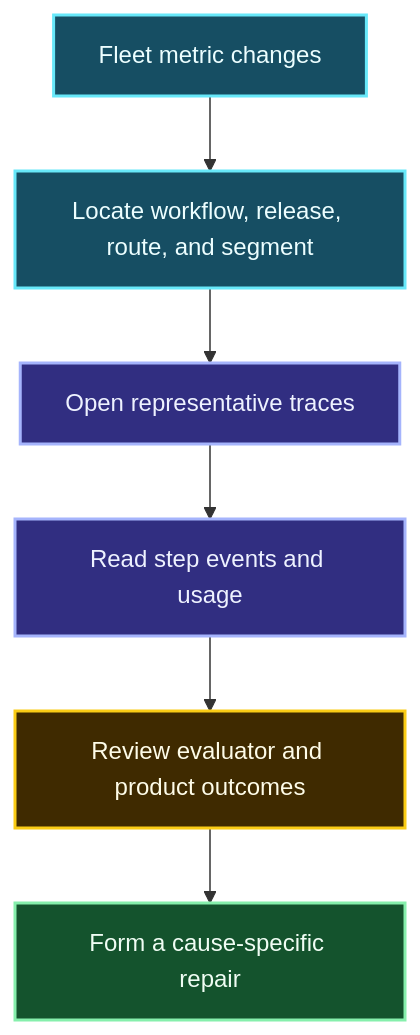
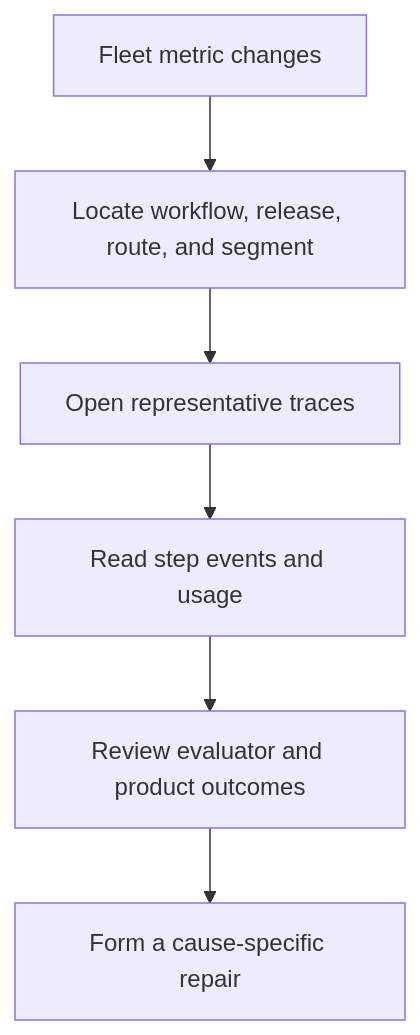
One commit to senlinyy/dev-roadmaps changed the third of 6 diagrams in roadmaps/mlops/modules/llmops/runtime-observability/03-quality-and-cost.md. Above: the diagram before and after it, drawn with Mermaid. The commit also changed other lines of this file and 152 other files, not shown here.

Commit message:
feat: mlops and diagrams updated

````diff
--- a/roadmaps/mlops/modules/llmops/runtime-observability/03-quality-and-cost.md
+++ b/roadmaps/mlops/modules/llmops/runtime-observability/03-quality-and-cost.md
@@ -333,15 +329,13 @@
 ```mermaid
 flowchart TD
     A["Fleet metric changes"] --> B["Locate workflow, release, route, and segment"]
     B --> C["Open representative traces"]
     C --> D["Read step events and usage"]
     D --> E["Review evaluator and product outcomes"]
     E --> F["Form a cause-specific repair"]
 
-    classDef fleet fill:#164E63,stroke:#67E8F9,color:#ECFEFF,stroke-width:2px; classDef inspect fill:#312E81,stroke:#A5B4FC,color:#EEF2FF,stroke-width:2px;
-    classDef evidence fill:#3F2A00,stroke:#FACC15,color:#FEFCE8,stroke-width:2px; classDef action fill:#14532D,stroke:#86EFAC,color:#F0FDF4,stroke-width:2px;
     class A,B fleet;
     class C,D inspect;
     class E evidence;
     class F action;
 ```
````
